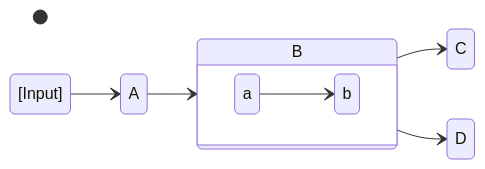
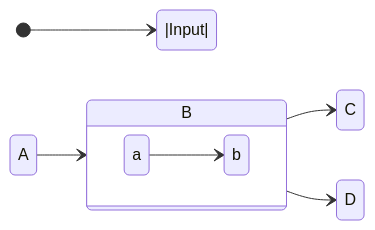
Before and after one commit to setrar/dsp: the third of 3 diagrams in plan/README.md, drawn with Mermaid.

````diff
--- a/plan/README.md
+++ b/plan/README.md
@@ -28,12 +28,12 @@
 ```mermaid
 stateDiagram
     direction LR
-    [*][Input] --> A
+    [*] -->|Input| A
     A --> B
     B --> C
     state B {
       direction LR
       a --> b
     }
     B --> D
 ```
````
